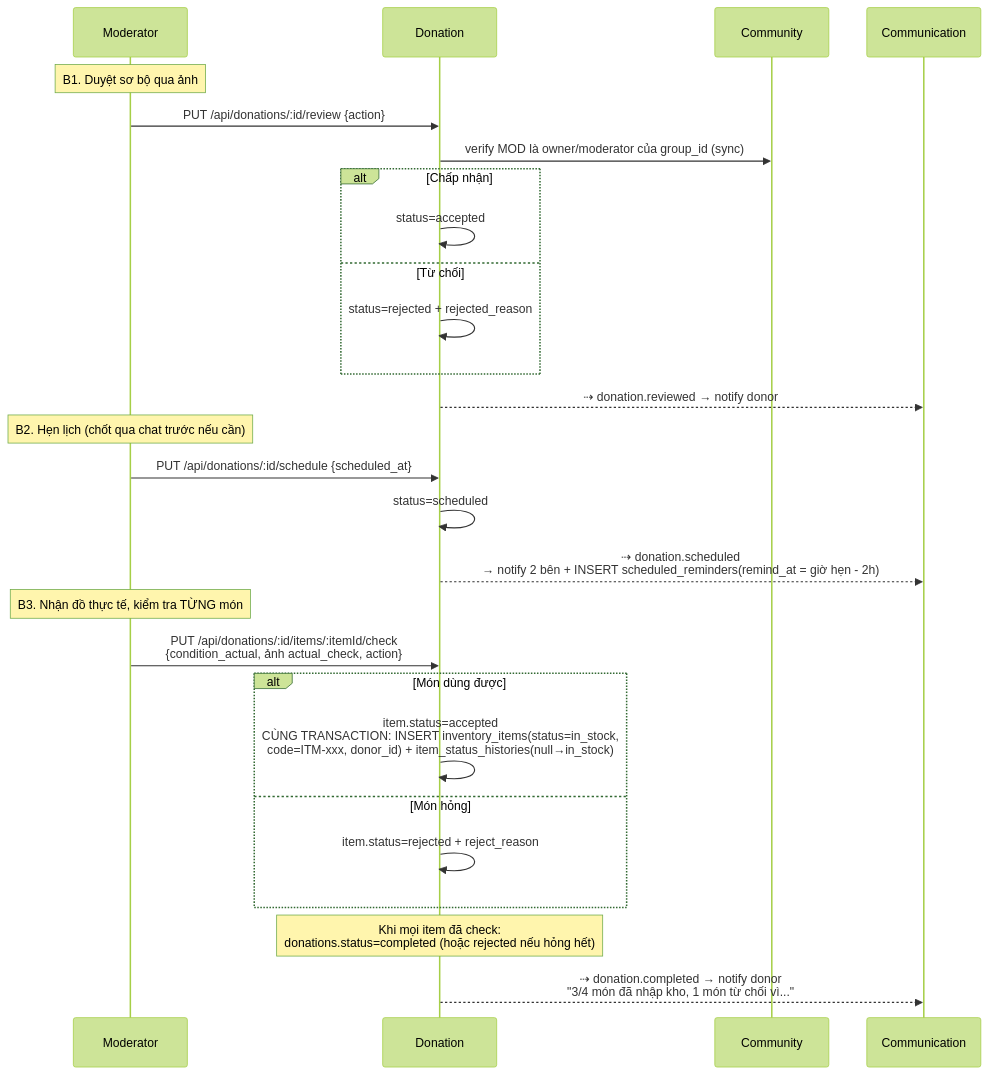
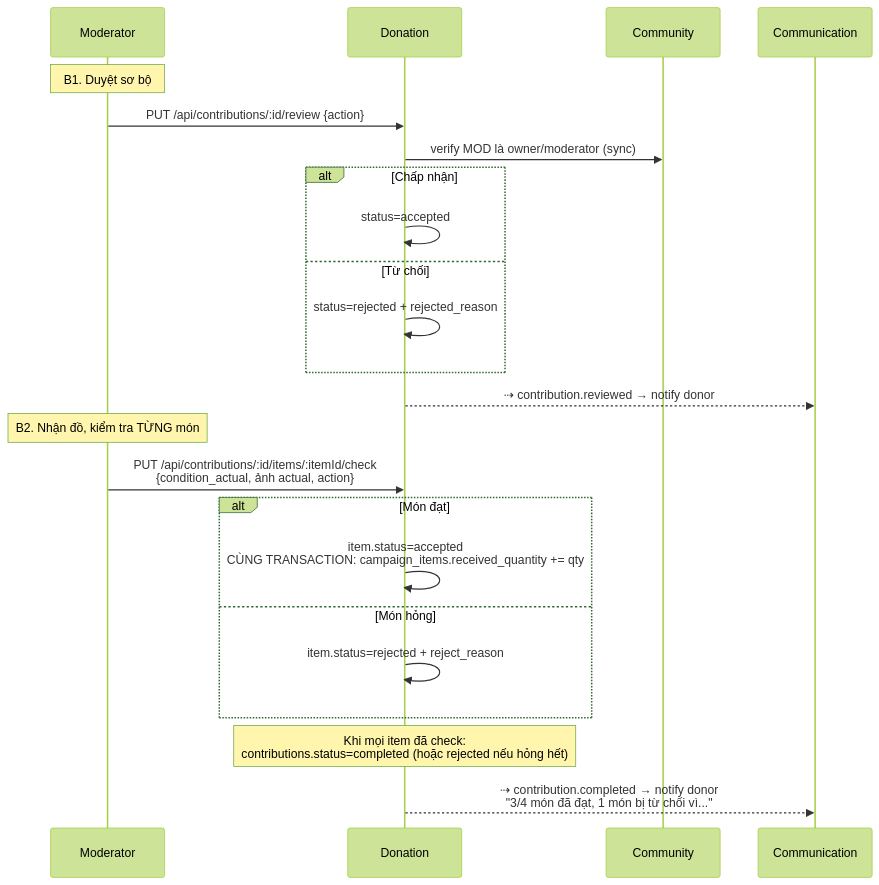
The fifth of 14 diagrams in docs/flows.md (hieusoft/project4), drawn with Mermaid (forest theme) before and after one commit. The commit also changed other lines of this file and 62 other files, not shown here.

````diff
--- a/docs/flows.md
+++ b/docs/flows.md
@@ -110,29 +107,25 @@
 ```mermaid
 sequenceDiagram
     participant MOD as Moderator
     participant DON as Donation
     participant CM as Community
     participant COM as Communication
-    Note over MOD: B1. Duyệt sơ bộ qua ảnh
-    MOD->>DON: PUT /api/donations/:id/review {action}
-    DON->>CM: verify MOD là owner/moderator của group_id (sync)
+    Note over MOD: B1. Duyệt sơ bộ
+    MOD->>DON: PUT /api/contributions/:id/review {action}
+    DON->>CM: verify MOD là owner/moderator (sync)
     alt Chấp nhận
         DON->>DON: status=accepted
     else Từ chối
         DON->>DON: status=rejected + rejected_reason
     end
-    DON-->>COM: ⇢ donation.reviewed → notify donor
-    Note over MOD: B2. Hẹn lịch (chốt qua chat trước nếu cần)
-    MOD->>DON: PUT /api/donations/:id/schedule {scheduled_at}
-    DON->>DON: status=scheduled
-    DON-->>COM: ⇢ donation.scheduled<br/>→ notify 2 bên + INSERT scheduled_reminders(remind_at = giờ hẹn - 2h)
-    Note over MOD: B3. Nhận đồ thực tế, kiểm tra TỪNG món
-    MOD->>DON: PUT /api/donations/:id/items/:itemId/check<br/>{condition_actual, ảnh actual_check, action}
-    alt Món dùng được
-        DON->>DON: item.status=accepted<br/>CÙNG TRANSACTION: INSERT inventory_items(status=in_stock,<br/>code=ITM-xxx, donor_id) + item_status_histories(null→in_stock)
+    DON-->>COM: ⇢ contribution.reviewed → notify donor
+    Note over MOD: B2. Nhận đồ, kiểm tra TỪNG món
+    MOD->>DON: PUT /api/contributions/:id/items/:itemId/check<br/>{condition_actual, ảnh actual, action}
+    alt Món đạt
+        DON->>DON: item.status=accepted<br/>CÙNG TRANSACTION: campaign_items.received_quantity += qty
     else Món hỏng
         DON->>DON: item.status=rejected + reject_reason
     end
-    Note over DON: Khi mọi item đã check:<br/>donations.status=completed (hoặc rejected nếu hỏng hết)
-    DON-->>COM: ⇢ donation.completed → notify donor<br/>"3/4 món đã nhập kho, 1 món từ chối vì..."
+    Note over DON: Khi mọi item đã check:<br/>contributions.status=completed (hoặc rejected nếu hỏng hết)
+    DON-->>COM: ⇢ contribution.completed → notify donor<br/>"3/4 món đã đạt, 1 món bị từ chối vì..."
 ```
````
